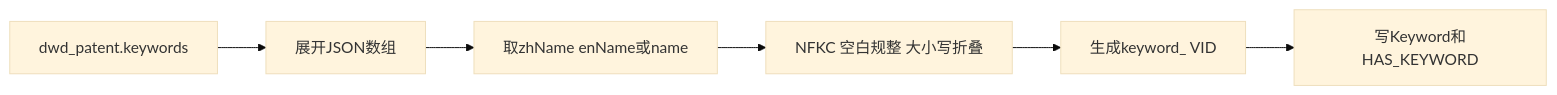
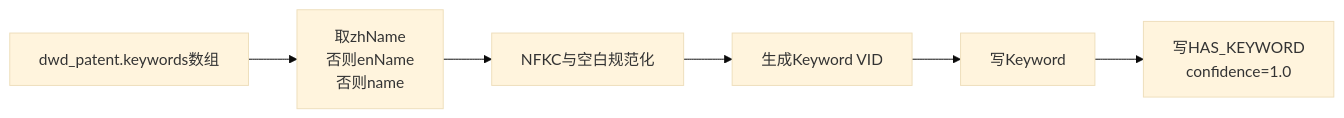
One commit to Marisolebxf/tech-kg-api changed the third of 5 diagrams in backend/schemas/specifications/patent_mapping.md. Above: the diagram before and after it, drawn with Mermaid (base theme). The commit also changed other lines of this file and 21 other files, not shown here.

````diff
--- a/backend/schemas/specifications/patent_mapping.md
+++ b/backend/schemas/specifications/patent_mapping.md
@@ -25,8 +91,8 @@
 ```mermaid
 flowchart LR
-    A[dwd_patent.keywords] --> B[展开JSON数组]
-    B --> C[取zhName enName或name]
-    C --> D[NFKC 空白规整 大小写折叠]
-    D --> E[生成keyword_ VID]
-    E --> F[写Keyword和HAS_KEYWORD]
+    A[dwd_patent.keywords数组] --> B[取zhName<br/>否则enName<br/>否则name]
+    B --> C[NFKC与空白规范化]
+    C --> D[生成Keyword VID]
+    D --> E[写Keyword]
+    E --> F[写HAS_KEYWORD<br/>confidence=1.0]
 ```
````
